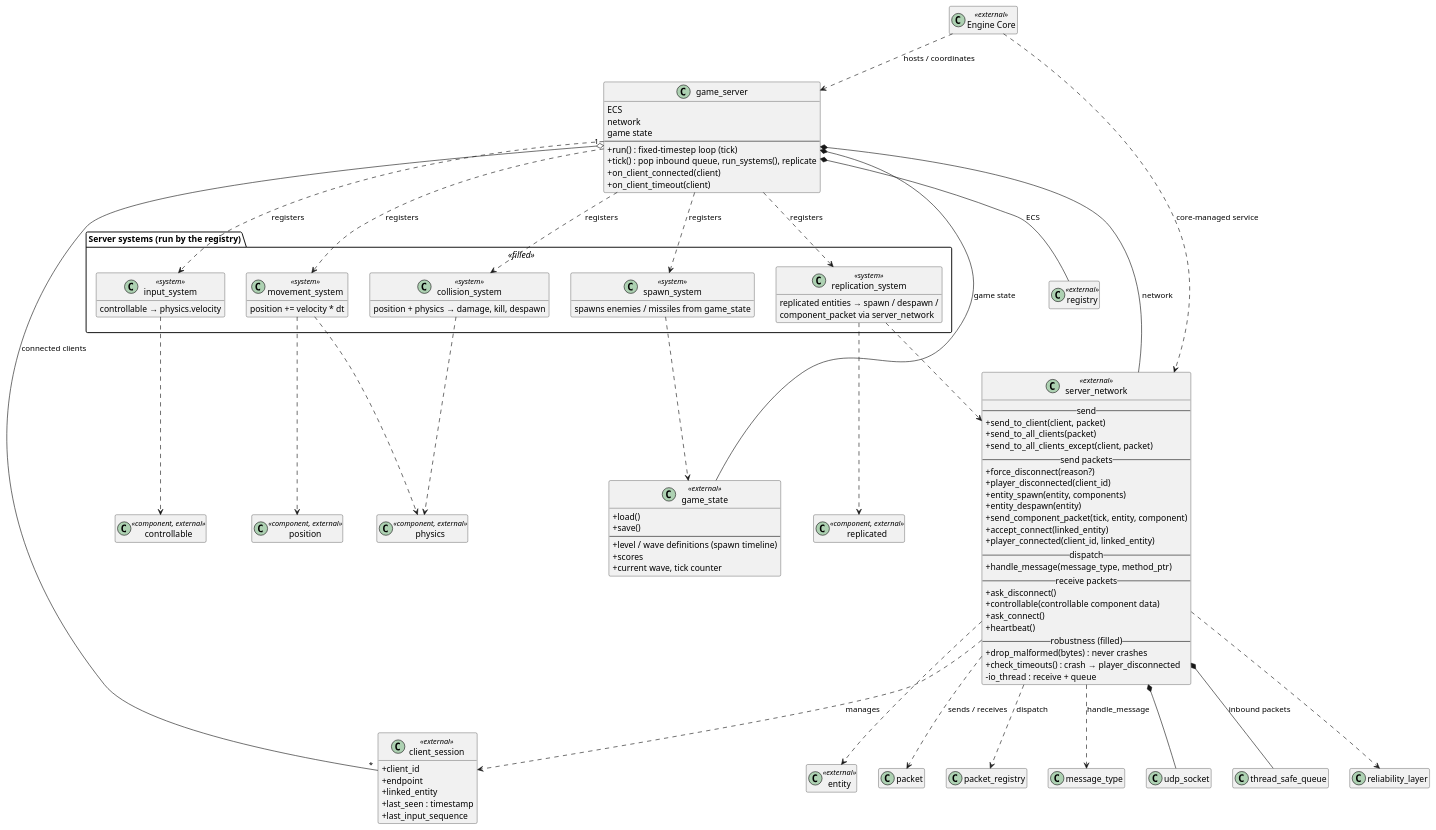
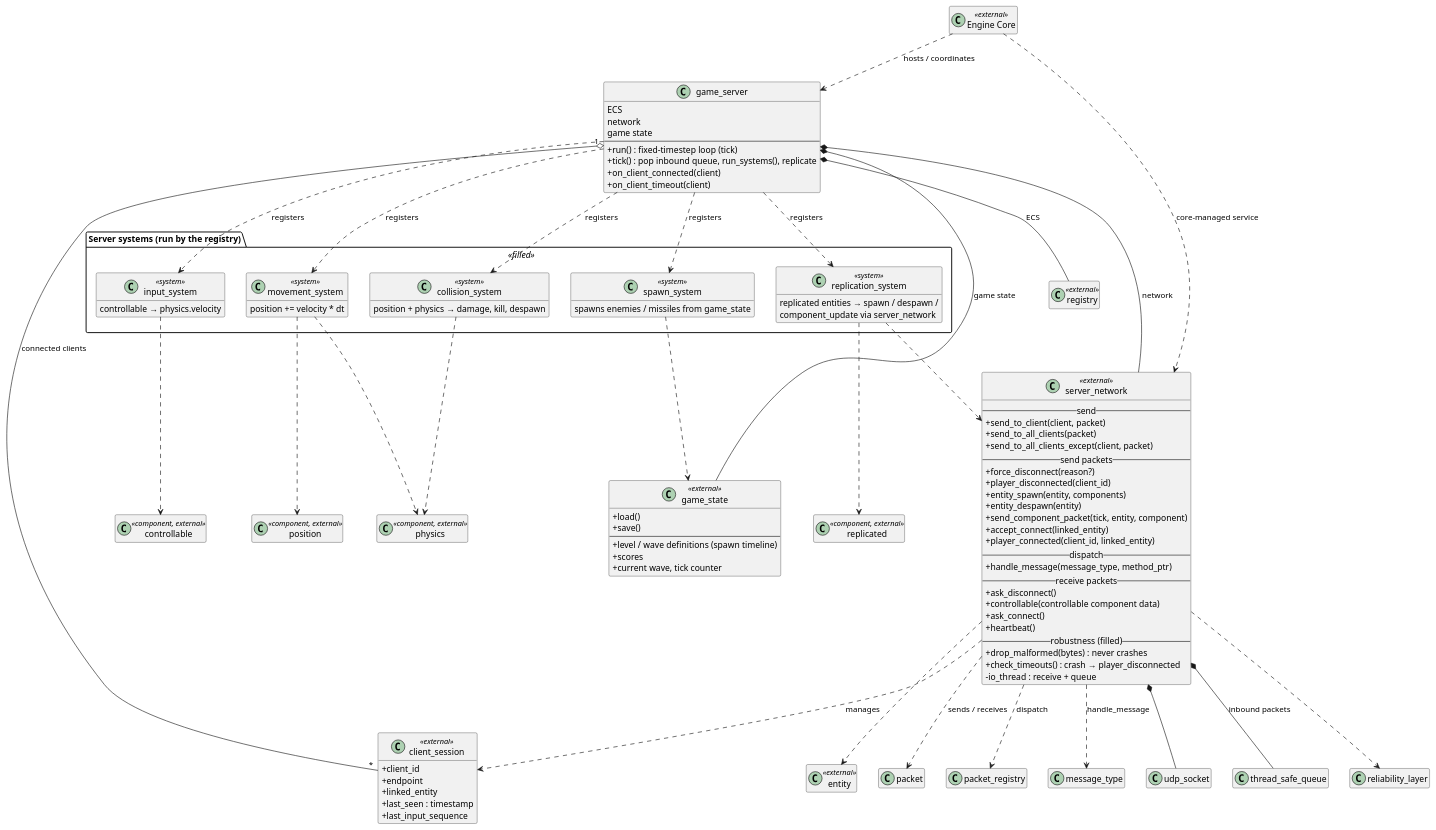
The diagram in docs/architecture/04_server.puml (aludnier/R-Type_Mirror), drawn with PlantUML before and after one commit. The commit also changed 4 other files, not shown here.

First line of the commit message:
docs(network): add sequence diagram and align diagrams with the spec

```diff
--- a/docs/architecture/04_server.puml
+++ b/docs/architecture/04_server.puml
@@ -1,125 +1,125 @@
 @startuml server_architecture
 skinparam classAttributeIconSize 0
 skinparam shadowing false
 hide empty members
 
 ' Server
 ' ===============================================================
 class game_server {
     ECS
     network
     game state
     --
     + run() : fixed-timestep loop (tick)
     + tick() : pop inbound queue, run_systems(), replicate
     + on_client_connected(client)
     + on_client_timeout(client)
 }
 
 class client_session <<filled>> {
     + client_id
     + endpoint
     + linked_entity
     + last_seen : timestamp
     + last_input_sequence
 }
 
 class server_network {
     -- send --
     + send_to_client(client, packet)
     + send_to_all_clients(packet)
     + send_to_all_clients_except(client, packet)
     -- send packets --
     + force_disconnect(reason?)
     + player_disconnected(client_id)
     + entity_spawn(entity, components)
     + entity_despawn(entity)
     + send_component_packet(tick, entity, component)
     + accept_connect(linked_entity)
     + player_connected(client_id, linked_entity)
     -- dispatch --
     + handle_message(message_type, method_ptr)
     -- receive packets --
     + ask_disconnect()
     + controllable(controllable component data)
     + ask_connect()
     + heartbeat()
     -- robustness (filled) --
     + drop_malformed(bytes) : never crashes
     + check_timeouts() : crash → player_disconnected
     - io_thread : receive + queue
 }
 
 class game_state {
     + load()
     + save()
     --
     + level / wave definitions (spawn timeline)
     + scores
     + current wave, tick counter
 }
 
 ' ===============================================================
 ' Server-side systems  -- FILLED: were missing
 ' ===============================================================
 package "Server systems (run by the registry)" <<filled>> {
     class input_system <<system>> {
         controllable → physics.velocity
     }
     class movement_system <<system>> {
         position += velocity * dt
     }
     class collision_system <<system>> {
         position + physics → damage, kill, despawn
     }
     class spawn_system <<system>> {
         spawns enemies / missiles from game_state
     }
     class replication_system <<system>> {
         replicated entities → spawn / despawn /
-        component_packet via server_network
+        component_update via server_network
     }
 }
 
 ' ===============================================================
 ' External references
 class registry <<external>>
 class entity <<external>>
 class server_network <<external>>
 class game_state <<external>>
 class client_session <<external>>
 class controllable <<component, external>>
 class position <<component, external>>
 class physics <<component, external>>
 class replicated <<component, external>>
 class "Engine Core" as engine_core <<external>>
 
 ' Cross-view links
 engine_core ..> game_server : hosts / coordinates
 engine_core ..> server_network : core-managed service
 game_server *-- registry : ECS
 game_server *-- server_network : network
 game_server *-- game_state : game state
 game_server "1" o-- "*" client_session : connected clients
 server_network ..> packet : sends / receives
 server_network ..> packet_registry : dispatch
 server_network ..> message_type : handle_message
 server_network ..> entity
 server_network *-- udp_socket
 server_network *-- thread_safe_queue : inbound packets
 server_network ..> reliability_layer
 server_network ..> client_session : manages
 input_system ..> controllable
 movement_system ..> position
 movement_system ..> physics
 collision_system ..> physics
 spawn_system ..> game_state
 replication_system ..> server_network
 replication_system ..> replicated
 game_server ..> input_system : registers
 game_server ..> movement_system : registers
 game_server ..> collision_system : registers
 game_server ..> spawn_system : registers
 game_server ..> replication_system : registers
 
 @enduml
```
